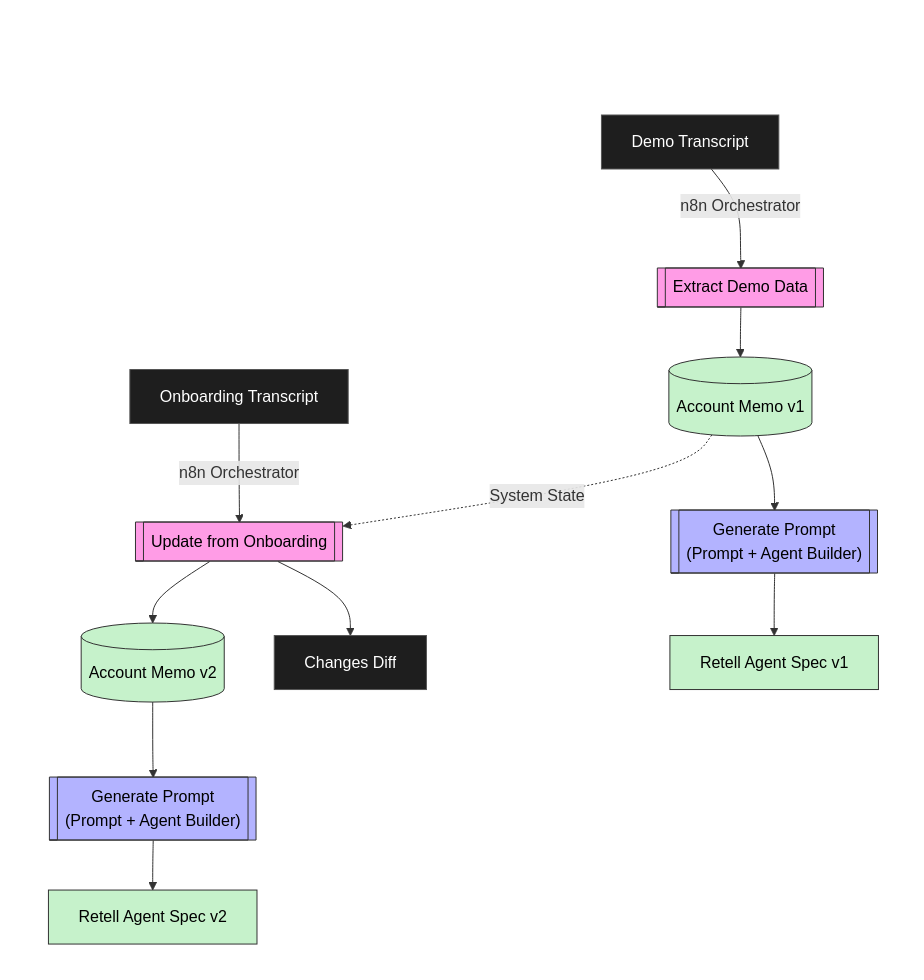
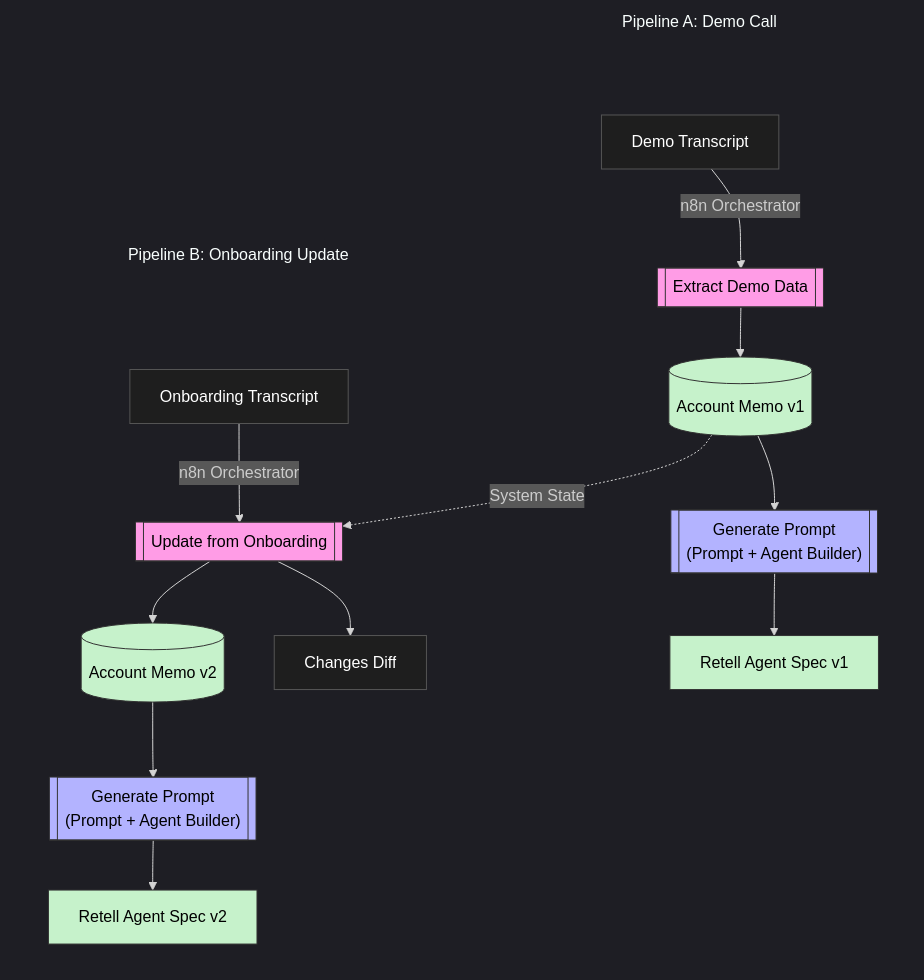
One commit to Soumik-R/clara-agent-pipeline changed the first of 2 diagrams in README.md. Above: the diagram before and after it, drawn with Mermaid. The commit also changed other lines of this file, not shown here.

````diff
--- a/README.md
+++ b/README.md
@@ -45,40 +45,41 @@
 ```mermaid
+%%{init: {'theme': 'dark'}}%%
 graph TD
     %% Custom Styles
     classDef darkNode fill:#1E1E1E,stroke:#555,stroke-width:1px,color:#fff;
     classDef scriptPink fill:#ff9ce6,stroke:#333,stroke-width:1px,color:#000;
     classDef scriptBlue fill:#b3b3ff,stroke:#333,stroke-width:1px,color:#000;
     classDef dataGreen fill:#c6f2cb,stroke:#333,stroke-width:1px,color:#000;
     classDef invis fill:transparent,stroke:transparent,color:transparent;
 
     %% Demo Phase Subgraph
     subgraph DemoPhase ["Pipeline A: Demo Call"]
         Spacer1[ ]:::invis ~~~ A[Demo Transcript]:::darkNode
         A -->|n8n Orchestrator| B[[Extract Demo Data]]:::scriptPink
         B --> C[(Account Memo v1)]:::dataGreen
         C --> D[["Generate Prompt\n(Prompt + Agent Builder)"]]:::scriptBlue
         D --> E[Retell Agent Spec v1]:::dataGreen
     end
 
     %% Onboarding Phase Subgraph
     subgraph OnboardingPhase ["Pipeline B: Onboarding Update"]
         Spacer2[ ]:::invis ~~~ F[Onboarding Transcript]:::darkNode
         F -->|n8n Orchestrator| G[[Update from Onboarding]]:::scriptPink
         G --> H[(Account Memo v2)]:::dataGreen
         G --> I[Changes Diff]:::darkNode
         H --> J[["Generate Prompt\n(Prompt + Agent Builder)"]]:::scriptBlue
         J --> K[Retell Agent Spec v2]:::dataGreen
     end
     
     %% Force side-by-side layout naturally
     DemoPhase ~~~ OnboardingPhase
     Spacer1 ~~~ Spacer2
     A ~~~ F
     
     %% Cross-pipeline state connection
     C -. "System State" .-> G
     
     %% Make Subgraph Backgrounds Transparent
-    style DemoPhase fill:transparent,stroke:transparent,color:#fff;
-    style OnboardingPhase fill:transparent,stroke:transparent,color:#fff;
+    style DemoPhase fill:transparent,stroke:transparent;
+    style OnboardingPhase fill:transparent,stroke:transparent;
 ```
````
